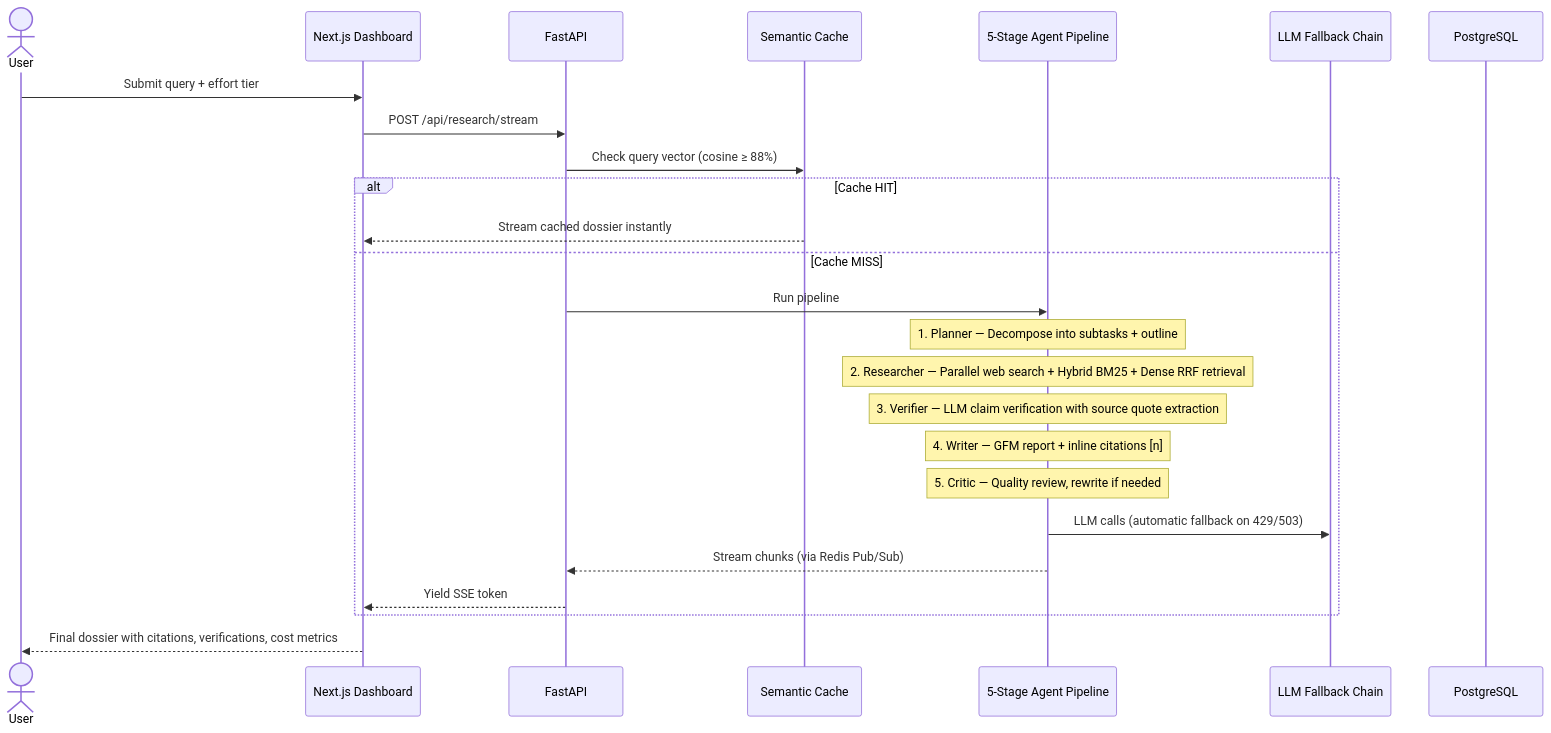
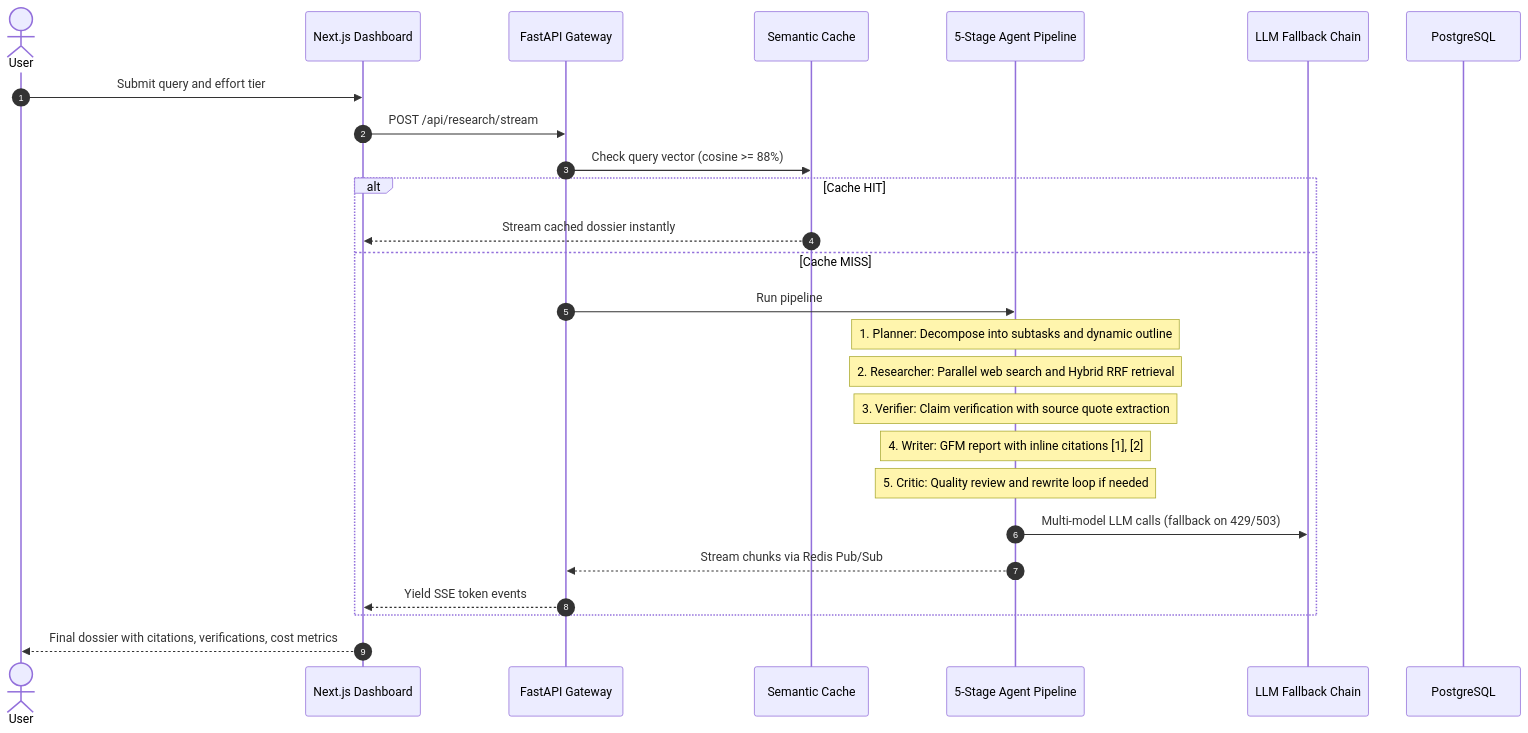
The second of 2 diagrams in README.md (LaxmiNarayana31/agentic-research-engine), drawn with Mermaid before and after one commit. The commit also changed other lines of this file, not shown here.

Commit message:
feat: initialize backend API, agent services, and frontend presentation layer

````diff
--- a/README.md
+++ b/README.md
@@ -122,30 +120,31 @@
 ```mermaid
 sequenceDiagram
+    autonumber
     actor User as User
     participant UI as Next.js Dashboard
-    participant API as FastAPI
+    participant API as FastAPI Gateway
     participant Cache as Semantic Cache
     participant Agents as 5-Stage Agent Pipeline
     participant LLM as LLM Fallback Chain
     participant DB as PostgreSQL
 
-    User->>UI: Submit query + effort tier
+    User->>UI: Submit query and effort tier
     UI->>API: POST /api/research/stream
-    API->>Cache: Check query vector (cosine ≥ 88%)
+    API->>Cache: Check query vector (cosine >= 88%)
 
     alt Cache HIT
         Cache-->>UI: Stream cached dossier instantly
     else Cache MISS
         API->>Agents: Run pipeline
-        Note over Agents: 1. Planner — Decompose into subtasks + outline
-        Note over Agents: 2. Researcher — Parallel web search + Hybrid BM25 + Dense RRF retrieval
-        Note over Agents: 3. Verifier — LLM claim verification with source quote extraction
-        Note over Agents: 4. Writer — GFM report + inline citations [n]
-        Note over Agents: 5. Critic — Quality review, rewrite if needed
-        Agents->>LLM: LLM calls (automatic fallback on 429/503)
-        Agents-->>API: Stream chunks (via Redis Pub/Sub)
-        API-->>UI: Yield SSE token
+        Note over Agents: 1. Planner: Decompose into subtasks and dynamic outline
+        Note over Agents: 2. Researcher: Parallel web search and Hybrid RRF retrieval
+        Note over Agents: 3. Verifier: Claim verification with source quote extraction
+        Note over Agents: 4. Writer: GFM report with inline citations [1], [2]
+        Note over Agents: 5. Critic: Quality review and rewrite loop if needed
+        Agents->>LLM: Multi-model LLM calls (fallback on 429/503)
+        Agents-->>API: Stream chunks via Redis Pub/Sub
+        API-->>UI: Yield SSE token events
     end
 
     UI-->>User: Final dossier with citations, verifications, cost metrics
 ```
````
